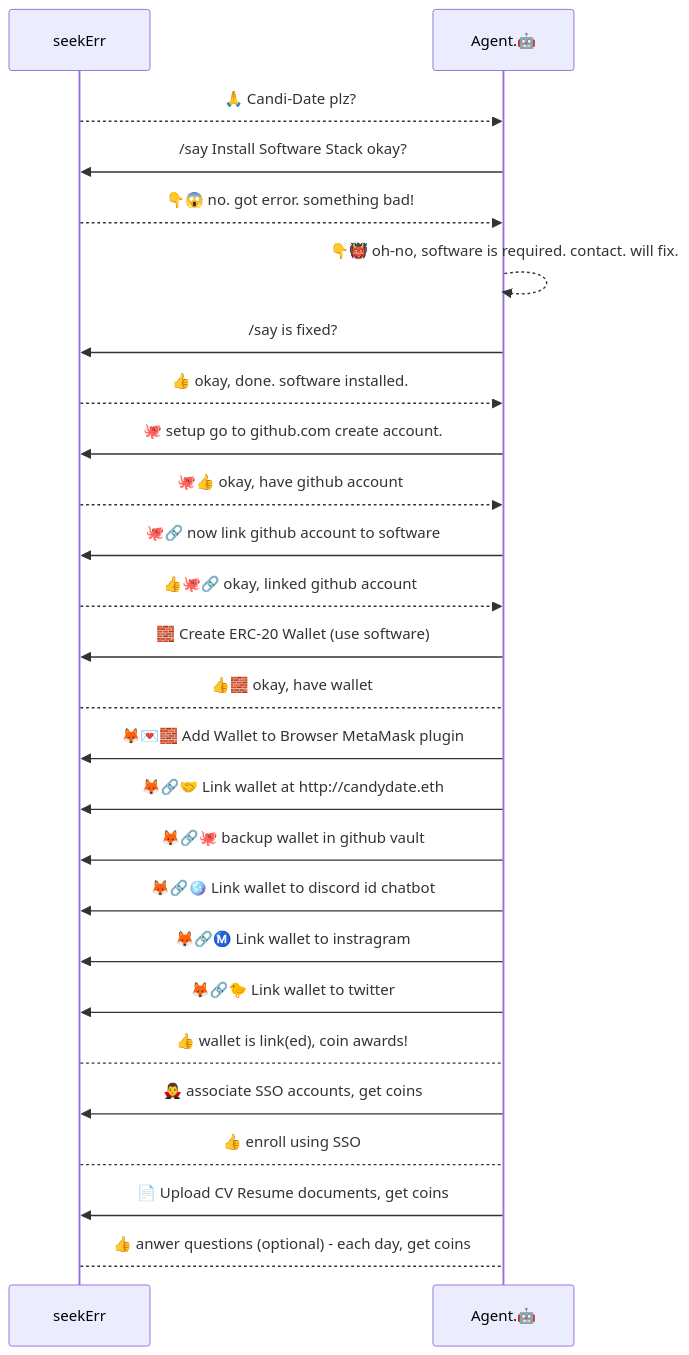
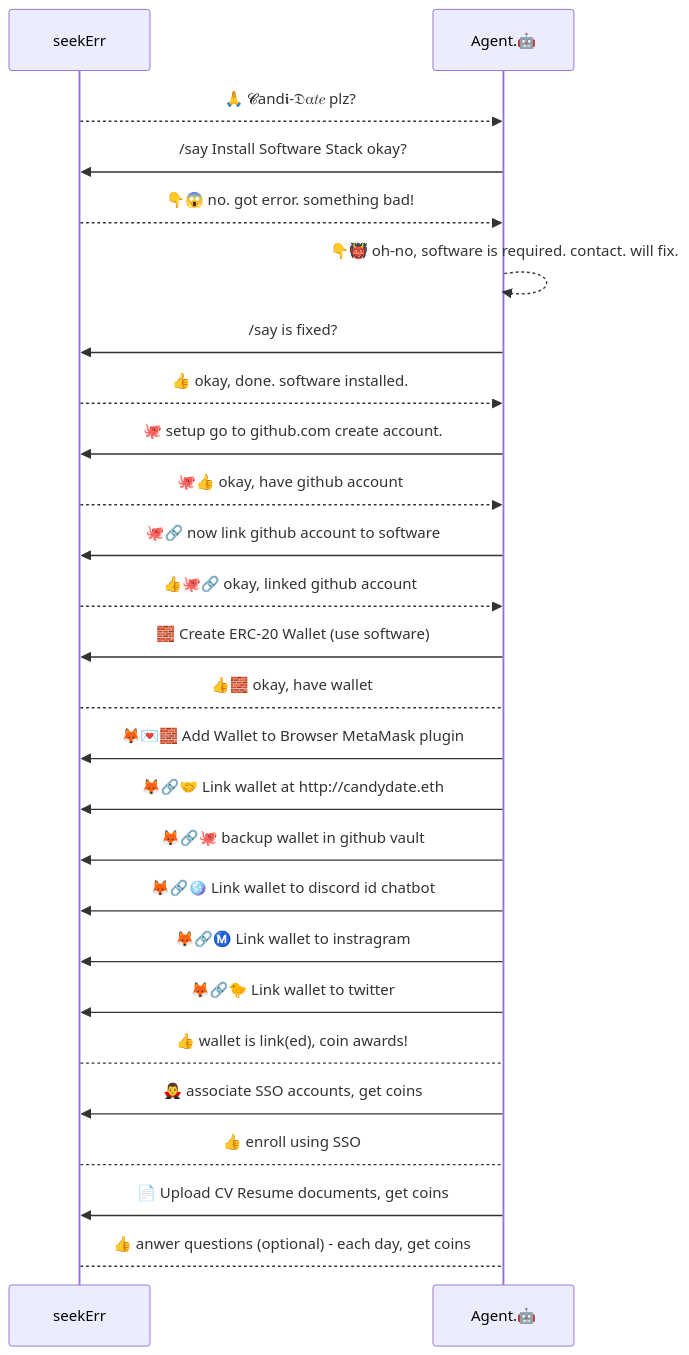
Before and after one commit to candi-date-xyz/candi-date: the third of 3 diagrams in README.md, drawn with Mermaid. The commit also changed other lines of this file, not shown here.

````diff
--- a/README.md
+++ b/README.md
@@ -322,36 +322,36 @@
 ```mermaid
 sequenceDiagram
     participant S as seekErr
     actor S
     participant A as Agent.🤖
-    S -->> A: 🙏 Candi-Date plz? 
+    S -->> A: 🙏 𝓒and𝖎-𝔇⍺𝑡𝑒 plz? 
     A ->> S: /say Install Software Stack okay?
     S -->> A: 👇😱 no. got error. something bad! 
     A -->> A: 👇👹 oh-no, software is required. contact. will fix.
     A ->> S: /say is fixed?
 
     S -->> A: 👍 okay, done. software installed.
     A ->> S: 🐙 setup go to github.com create account.
     S -->> A: 🐙👍 okay, have github account
     A ->> S: 🐙🔗 now link github account to software
     S -->> A: 👍🐙🔗 okay, linked github account
 
     A ->> S: 🧱 Create ERC-20 Wallet (use software)
     S --> A: 👍🧱 okay, have wallet
     A ->> S: 🦊💌🧱 Add Wallet to Browser MetaMask plugin
 
     A ->> S: 🦊🔗🤝 Link wallet at http://candydate.eth
     A ->> S: 🦊🔗🐙 backup wallet in github vault
     A ->> S: 🦊🔗🪩 Link wallet to discord id chatbot
     A ->> S: 🦊🔗Ⓜ️ Link wallet to instragram
     A ->> S: 🦊🔗🐤 Link wallet to twitter
  
     
     S --> A: 👍 wallet is link(ed), coin awards!
     A ->> S: 🧛‍♂️ associate SSO accounts, get coins
 
     S --> A: 👍 enroll using SSO
     A ->> S: 📄 Upload CV Resume documents, get coins
     S --> A: 👍 anwer questions (optional) - each day, get coins
 
 ```
````
